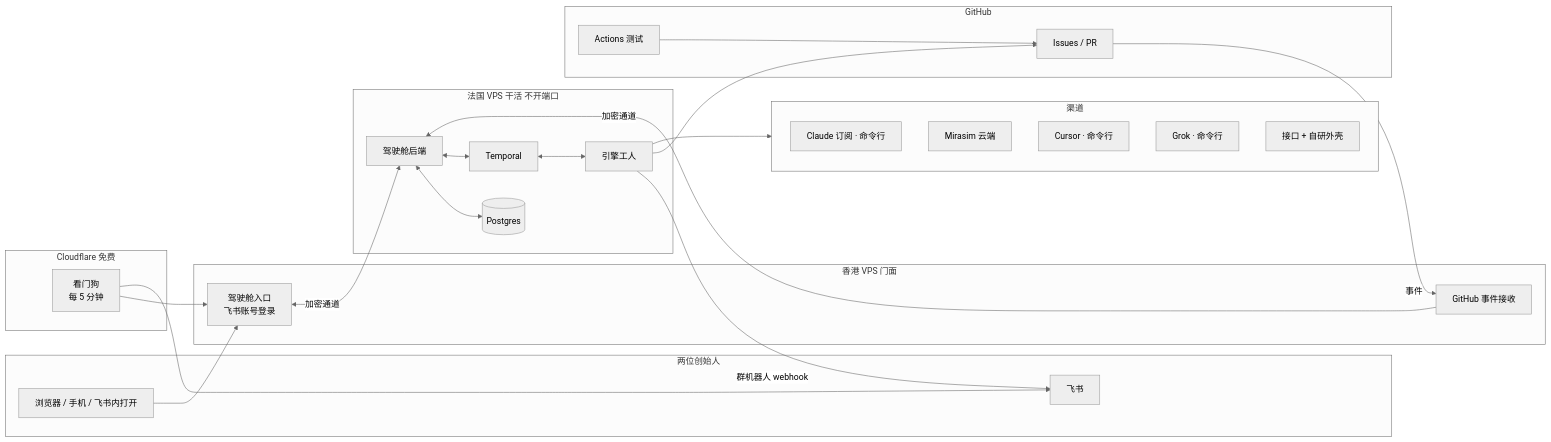
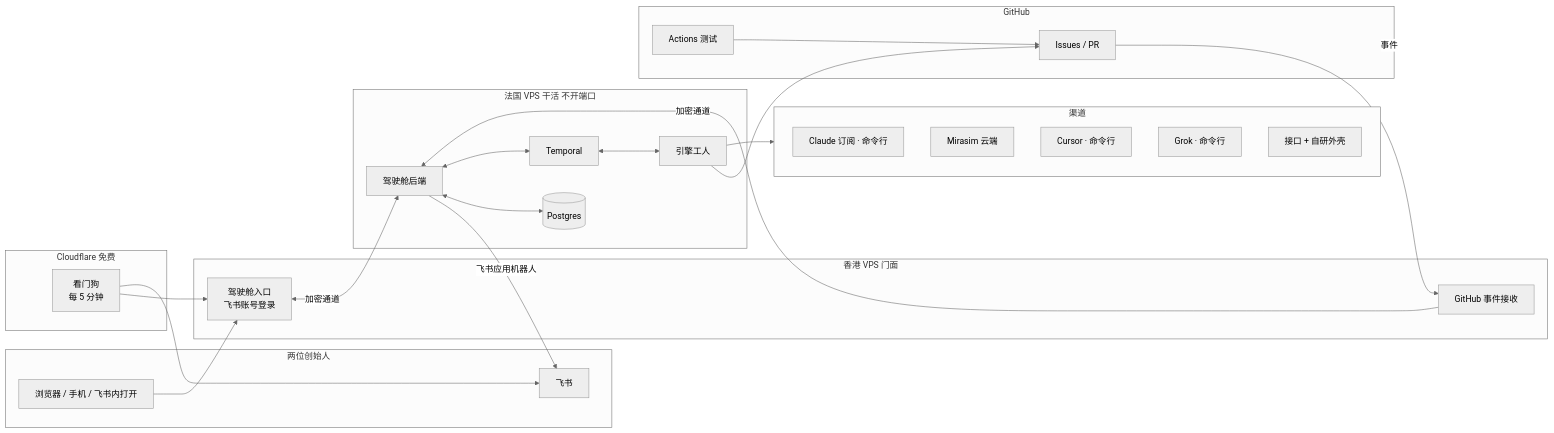
Before and after one commit to thoerwink8/fleet-dao: the first of 2 diagrams in docs/design.md, drawn with Mermaid (neutral theme). The commit also changed other lines of this file and 23 other files, not shown here.

````diff
--- a/docs/design.md
+++ b/docs/design.md
@@ -37,44 +37,44 @@
 ```mermaid
 flowchart LR
   subgraph People[两位创始人]
     B[浏览器 / 手机 / 飞书内打开]
     F[飞书]
   end
   subgraph HK[香港 VPS 门面]
     W[驾驶舱入口<br/>飞书账号登录]
     H[GitHub 事件接收]
   end
   subgraph FR[法国 VPS 干活 不开端口]
     API[驾驶舱后端]
     T[Temporal]
     PG[(Postgres)]
     E[引擎工人]
   end
   subgraph GH[GitHub]
     I[Issues / PR]
     A[Actions 测试]
   end
   subgraph CF[Cloudflare 免费]
     WD[看门狗<br/>每 5 分钟]
   end
   subgraph CH[渠道]
     C1[Claude 订阅 · 命令行]
     C2[Mirasim 云端]
     C3[Cursor · 命令行]
     C4[Grok · 命令行]
     C5[接口 + 自研外壳]
   end
   B --> W
-  E -- 群机器人 webhook --> F
+  API -- 飞书应用机器人 --> F
   I -- 事件 --> H
   W <-- 加密通道 --> API
   H -- 加密通道 --> API
   API <--> PG
   API <--> T
   T <--> E
   E --> CH
   E --> I
   A --> I
   WD --> W
   WD --> F
 ```
````
